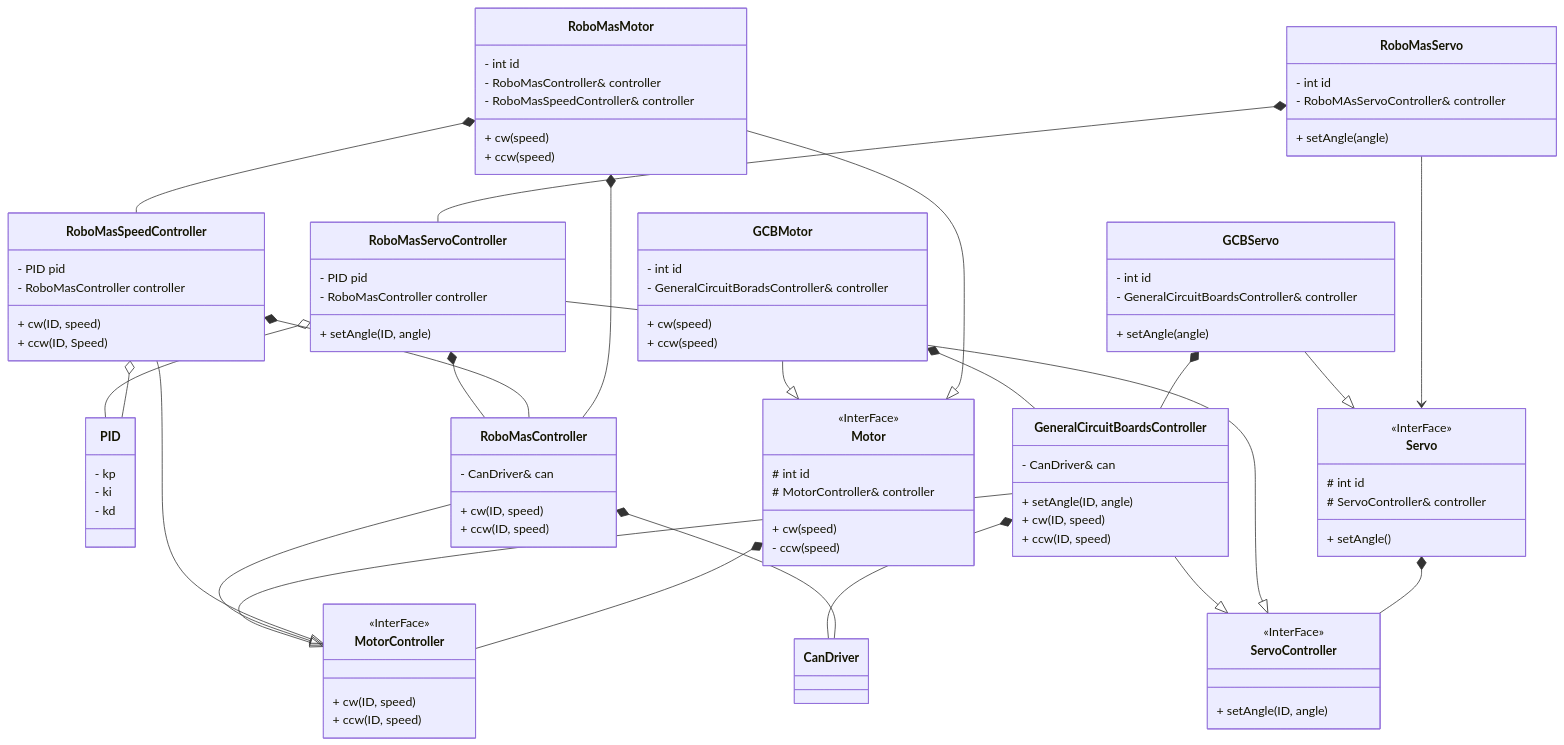
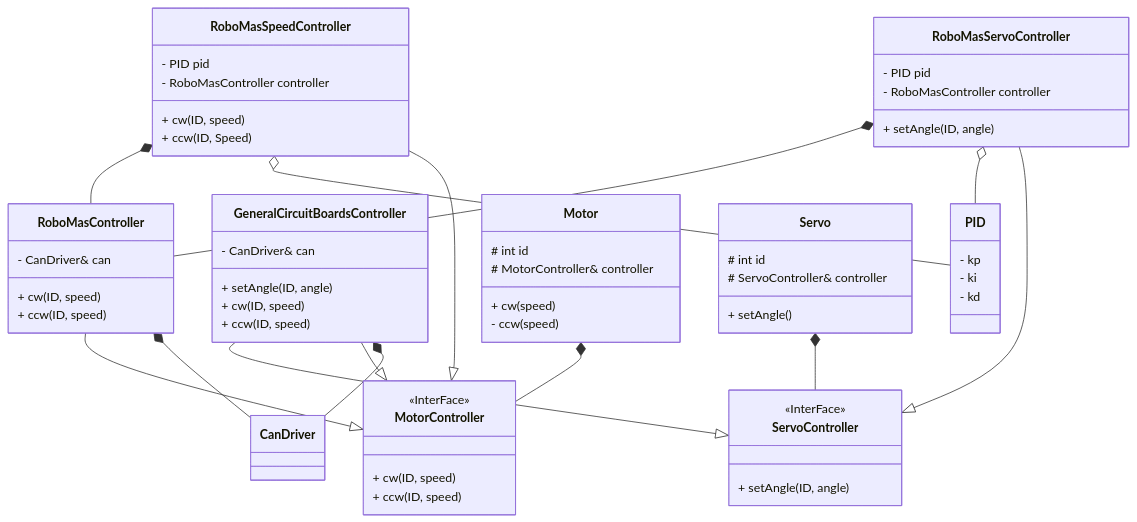
Before and after one commit to NiiRoboKen/general-circuit-board-master: the diagram in docs/class_design.md, drawn with Mermaid.

Commit message:
docs: motor and servo isnt interface

````diff
--- a/docs/class_design.md
+++ b/docs/class_design.md
@@ -58,7 +58,6 @@
 
 Motor *-- MotorController
 class Motor{
-    <<InterFace>>
     # int id
     # MotorController& controller
     + cw(speed)
@@ -66,43 +65,8 @@
 }
 Servo *-- ServoController
 class Servo{
-    <<InterFace>>
     # int id
     # ServoController& controller
     + setAngle()
 }
-
-GCBMotor *-- GeneralCircuitBoardsController
-GCBMotor --|> Motor
-class GCBMotor {
-    - int id
-    - GeneralCircuitBoradsController& controller
-    + cw(speed)
-    + ccw(speed)
-}
-GCBServo *-- GeneralCircuitBoardsController
-GCBServo --|> Servo
-class GCBServo {
-    - int id
-    - GeneralCircuitBoardsController& controller
-    + setAngle(angle)
-}
-
-RoboMasMotor *-- RoboMasController
-RoboMasMotor *-- RoboMasSpeedController
-RoboMasMotor --|> Motor
-class RoboMasMotor{
-    - int id
-    - RoboMasController& controller
-    - RoboMasSpeedController& controller
-    + cw(speed)
-    + ccw(speed)
-}
-RoboMasServo *-- RoboMasServoController
-RoboMasServo --> Servo
-class RoboMasServo {
-    - int id
-    - RoboMAsServoController& controller
-    + setAngle(angle)
-}
 ```
````
